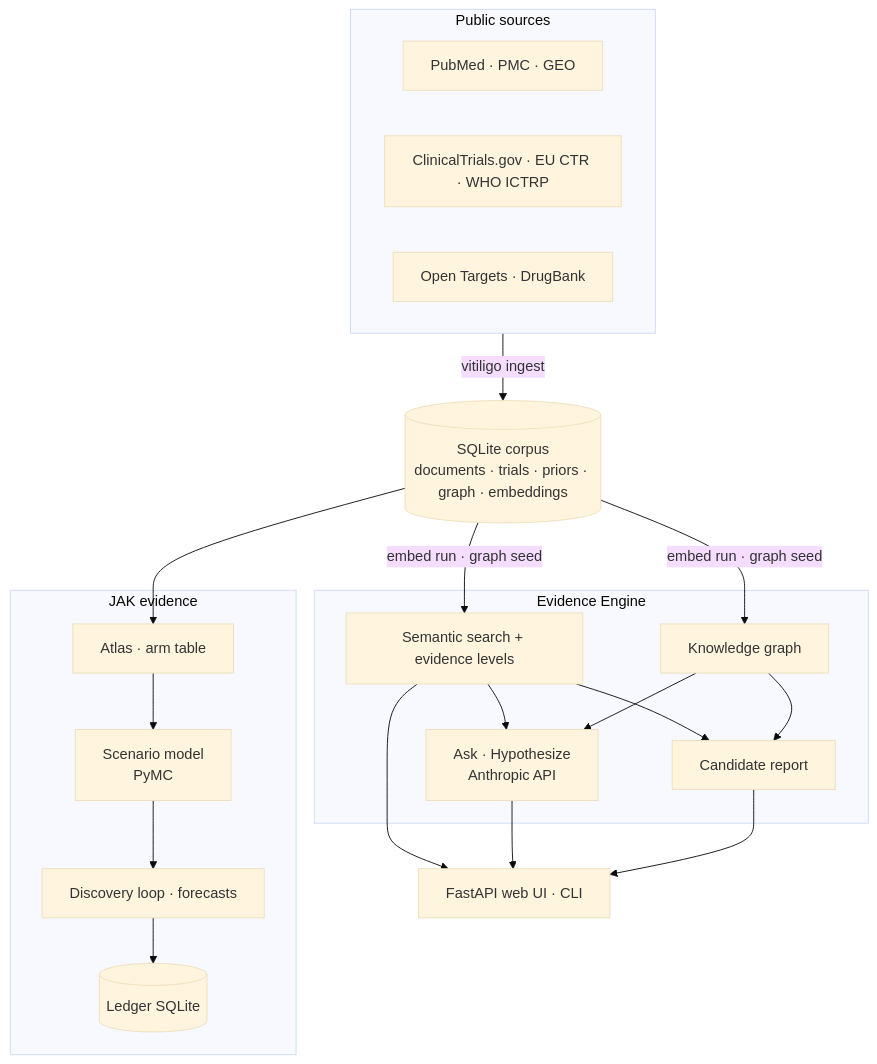
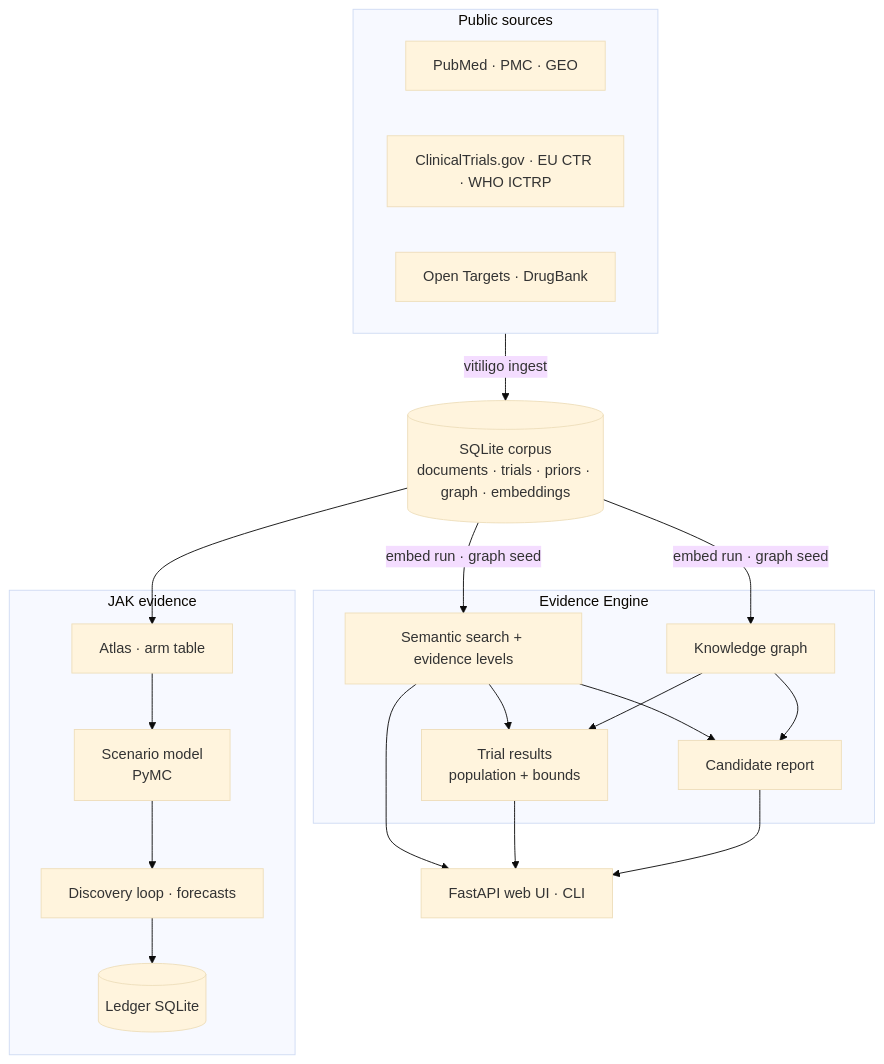
Before and after one commit to recepsirin/vitiligo-initiative: the diagram in docs/architecture.md, drawn with Mermaid (base theme). The commit also changed other lines of this file and 61 other files, not shown here.

````diff
--- a/docs/architecture.md
+++ b/docs/architecture.md
@@ -7,30 +7,30 @@
 ```mermaid
 flowchart TB
   subgraph sources [Public sources]
     S1[PubMed · PMC · GEO]
     S2[ClinicalTrials.gov · EU CTR · WHO ICTRP]
     S3[Open Targets · DrugBank]
   end
 
   DB[(SQLite corpus<br/>documents · trials · priors · graph · embeddings)]
 
   subgraph engine [Evidence Engine]
     SEARCH[Semantic search + evidence levels]
     GRAPH[Knowledge graph]
-    REASON[Ask · Hypothesize<br/>Anthropic API]
+    EVID[Trial results<br/>population + bounds]
     CAND[Candidate report]
   end
 
   subgraph jak [JAK evidence]
     ATLAS[Atlas · arm table]
     MODEL[Scenario model<br/>PyMC]
     LOOP[Discovery loop · forecasts]
     LEDGER[(Ledger SQLite)]
   end
 
   sources -->|vitiligo ingest| DB
   DB -->|embed run · graph seed| SEARCH & GRAPH
-  SEARCH & GRAPH --> REASON & CAND
+  SEARCH & GRAPH --> EVID & CAND
   DB --> ATLAS --> MODEL --> LOOP --> LEDGER
-  SEARCH & REASON & CAND --> UI[FastAPI web UI · CLI]
+  SEARCH & EVID & CAND --> UI[FastAPI web UI · CLI]
 ```
````
